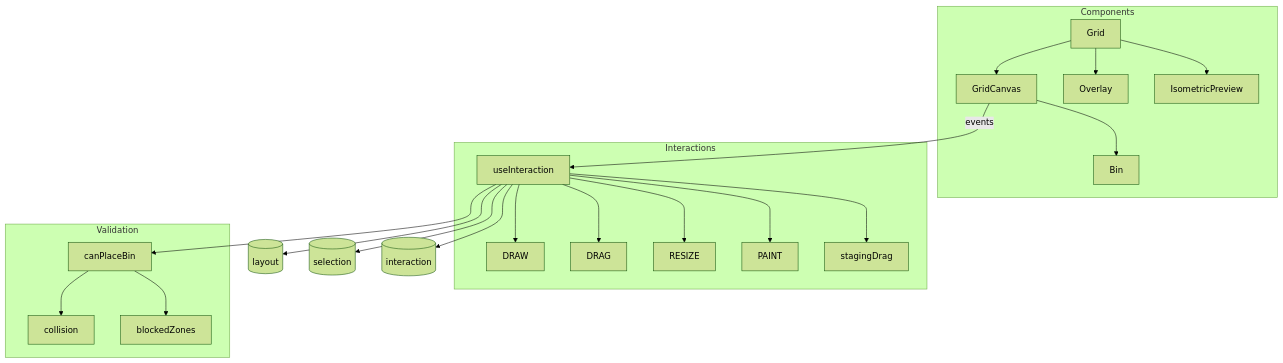
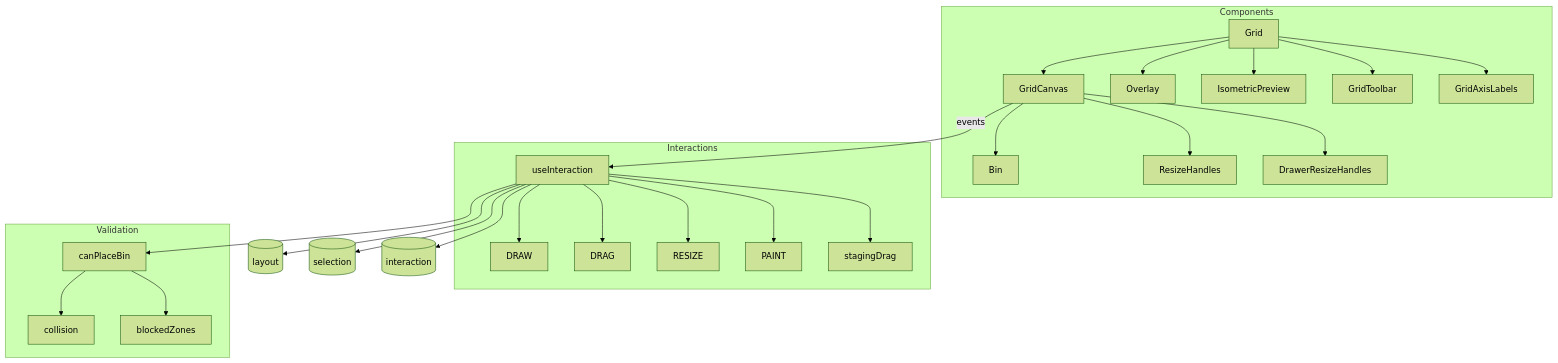
One commit to andymai/gridfinity-layout-tool changed the diagram in src/features/grid-editor/README.md. Above: the diagram before and after it, drawn with Mermaid (forest theme). The commit also changed other lines of this file and 14 other files, not shown here.

````diff
--- a/src/features/grid-editor/README.md
+++ b/src/features/grid-editor/README.md
@@ -5,15 +5,15 @@
 ```mermaid
 graph TB
     subgraph Components
-        GI[Grid] --> GC[GridCanvas] & OV[Overlay] & IP[IsometricPreview]
-        GC --> BIN[Bin]
+        GI[Grid] --> GC[GridCanvas] & OV[Overlay] & IP[IsometricPreview] & TB[GridToolbar] & AX[GridAxisLabels]
+        GC --> BIN[Bin] & RH[ResizeHandles] & DRH[DrawerResizeHandles]
     end
     subgraph Interactions
         GC -->|events| UI[useInteraction]
         UI --> DRAW & DRAG & RESIZE & PAINT & SDRAG[stagingDrag]
     end
     subgraph Validation
         UI --> CPB[canPlaceBin] --> COL[collision] & BZ[blockedZones]
     end
     UI --> LAY[(layout)] & SEL[(selection)] & INT[(interaction)]
 ```
````
